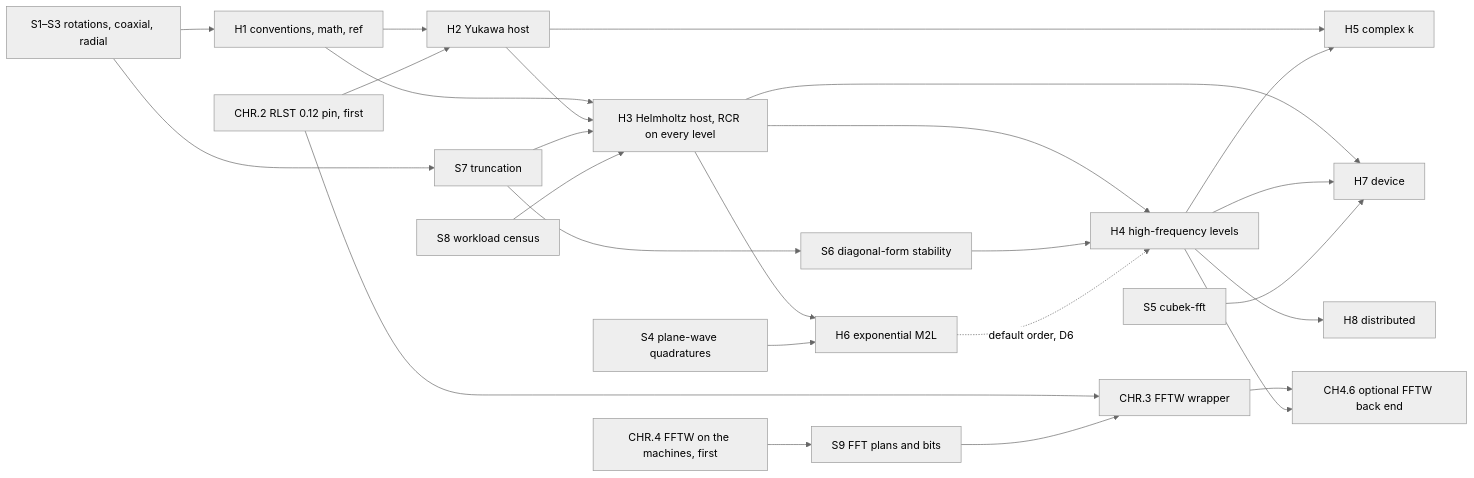
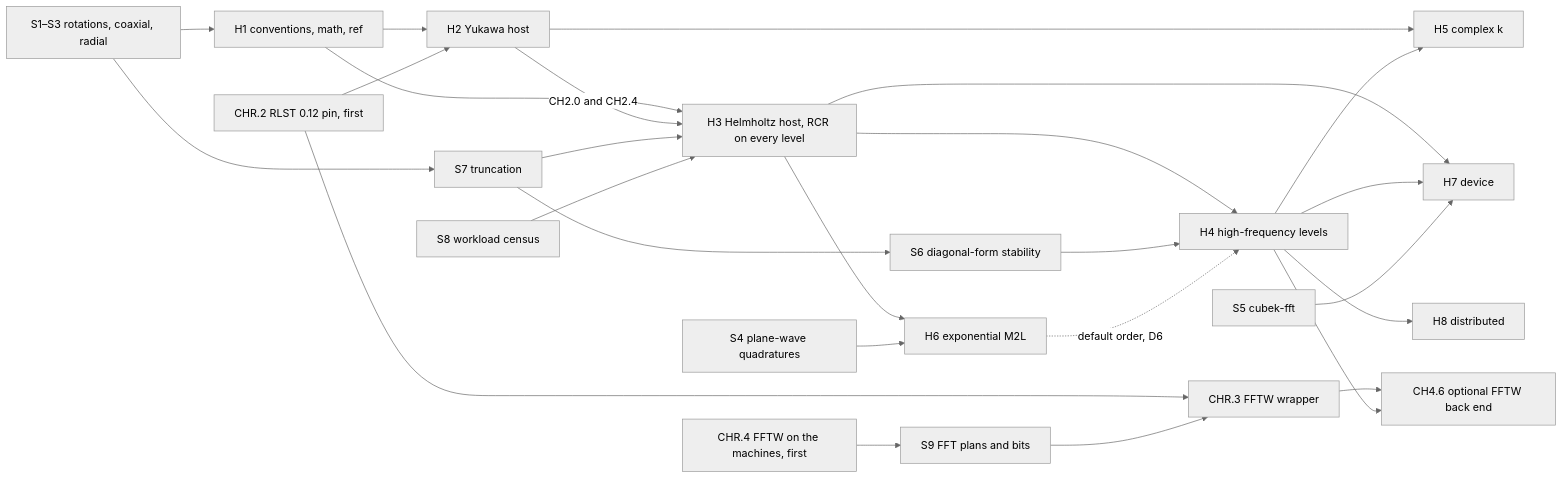
Before and after one commit to tbetcke/fmm: the diagram in docs/design/helmholtz-fmm-proposal.md, drawn with Mermaid (neutral theme). The commit also changed other lines of this file and 3 other files, not shown here.

````diff
--- a/docs/design/helmholtz-fmm-proposal.md
+++ b/docs/design/helmholtz-fmm-proposal.md
@@ -1300,28 +1363,28 @@
 ```mermaid
 flowchart LR
   S13["S1–S3 rotations, coaxial, radial"] --> H1["H1 conventions, math, ref"]
   S13 --> S7["S7 truncation"]
   S7 --> S6["S6 diagonal-form stability"]
   H1 --> H2["H2 Yukawa host"]
   H1 --> H3["H3 Helmholtz host, RCR on every level"]
-  H2 --> H3
+  H2 -->|CH2.0 and CH2.4| H3
   S7 --> H3
   S8["S8 workload census"] --> H3
   H3 --> H6["H6 exponential M2L"]
   S4["S4 plane-wave quadratures"] --> H6
   H3 --> H4["H4 high-frequency levels"]
   S6 --> H4
   H6 -.->|default order, D6| H4
   H2 --> H5["H5 complex k"]
   H4 --> H5
   H3 --> H7["H7 device"]
   H4 --> H7
   S5["S5 cubek-fft"] --> H7
   H4 --> H8["H8 distributed"]
   CHR2["CHR.2 RLST 0.12 pin, first"] --> H2
   CHR2 --> CHR3["CHR.3 FFTW wrapper"]
   CHR4["CHR.4 FFTW on the machines, first"] --> S9["S9 FFT plans and bits"]
   S9 --> CHR3
   CHR3 --> C46["CH4.6 optional FFTW back end"]
   H4 --> C46
 ```
````
